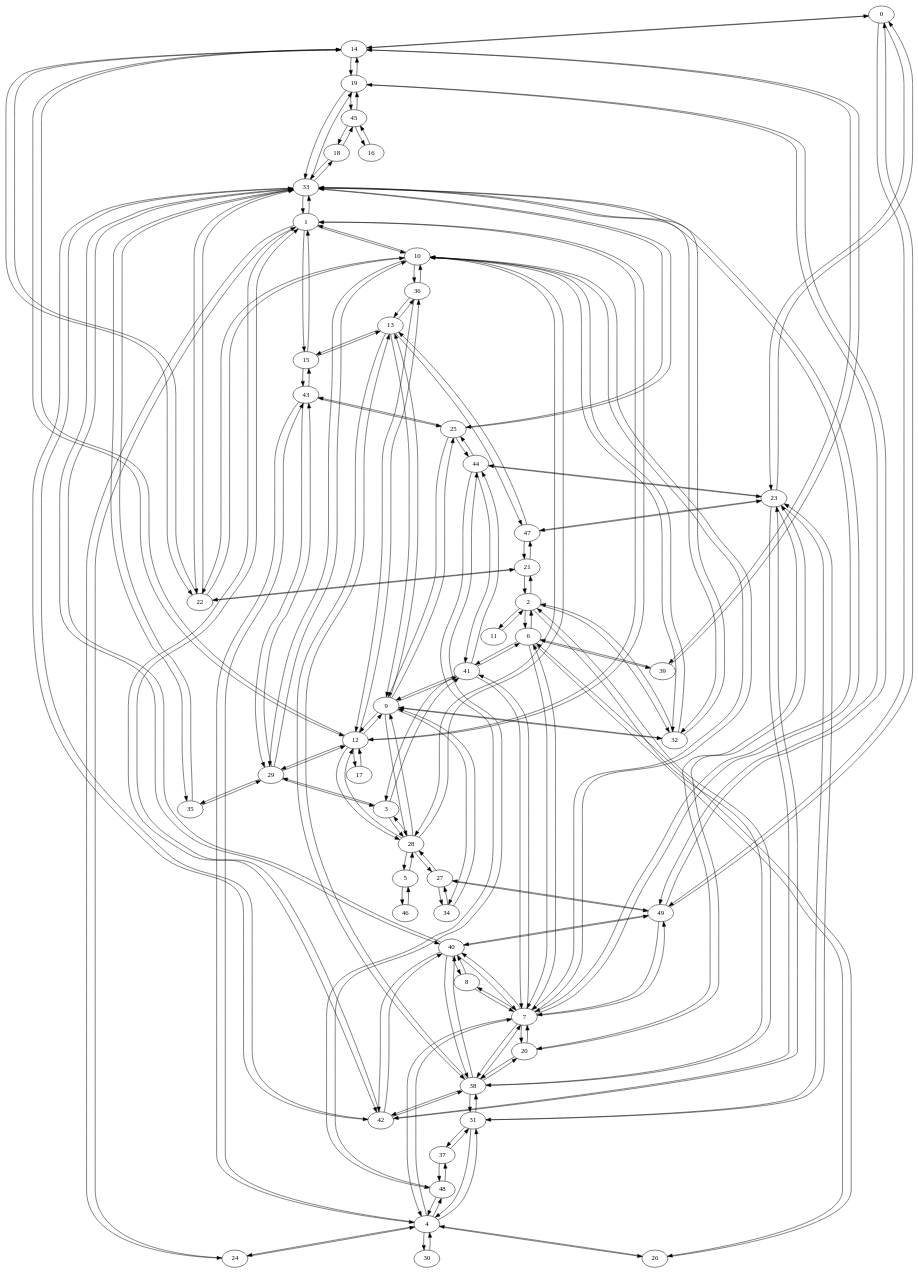
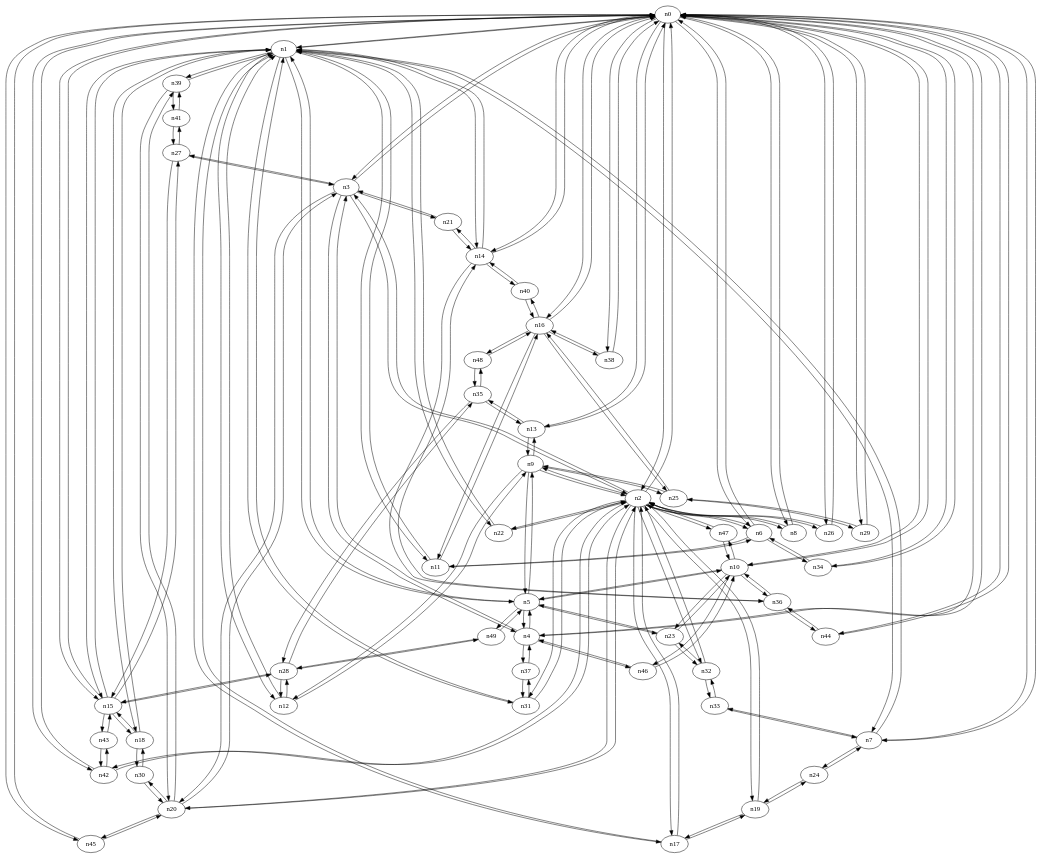
Before and after one commit to ireallyhopeirememberthis/yates_rrt: the diagram in data/topologies/randomized/randgraph_50_nodes_7%_brs.dot, drawn with Graphviz. The commit also changed 419 other files, not shown here.

```diff
--- a/data/topologies/randomized/randgraph_50_nodes_7%_brs.dot
+++ b/data/topologies/randomized/randgraph_50_nodes_7%_brs.dot
@@ -1,305 +1,297 @@
 strict digraph "" {
-	0	[id=0,
+	n0	[id=0,
 		type=switch];
-	14	[id=14,
+	n1	[id=1,
 		type=switch];
-	0 -> 14	[capacity="1Gbps"];
-	23	[id=23,
+	n0 -> n1	[capacity="1Gbps"];
+	n2	[id=2,
 		type=switch];
-	0 -> 23	[capacity="1Gbps"];
-	49	[id=49,
+	n0 -> n2	[capacity="1Gbps"];
+	n3	[id=3,
 		type=switch];
-	0 -> 49	[capacity="1Gbps"];
-	1	[ip="111.0.1.1",
-		mac="00:00:00:00:1:1",
+	n0 -> n3	[capacity="1Gbps"];
+	n4	[id=4,
+		type=switch];
+	n0 -> n4	[capacity="1Gbps"];
+	n6	[id=6,
+		type=switch];
+	n0 -> n6	[capacity="1Gbps"];
+	n7	[ip="111.0.7.7",
+		mac="00:00:00:00:7:7",
 		type=host];
-	10	[id=10,
+	n0 -> n7	[capacity="1Gbps"];
+	n8	[id=8,
 		type=switch];
-	1 -> 10	[capacity="1Gbps"];
-	12	[ip="111.0.12.12",
-		mac="00:00:00:00:12:12",
+	n0 -> n8	[capacity="1Gbps"];
+	n10	[id=10,
+		type=switch];
+	n0 -> n10	[capacity="1Gbps"];
+	n13	[ip="111.0.13.13",
+		mac="00:00:00:00:13:13",
 		type=host];
-	1 -> 12	[capacity="1Gbps"];
-	15	[id=15,
+	n0 -> n13	[capacity="1Gbps"];
+	n14	[ip="111.0.14.14",
+		mac="00:00:00:00:14:14",
+		type=host];
+	n0 -> n14	[capacity="1Gbps"];
+	n15	[id=15,
 		type=switch];
-	1 -> 15	[capacity="1Gbps"];
-	24	[id=24,
+	n0 -> n15	[capacity="1Gbps"];
+	n16	[id=16,
 		type=switch];
-	1 -> 24	[capacity="1Gbps"];
-	33	[id=33,
+	n0 -> n16	[capacity="1Gbps"];
+	n26	[id=26,
 		type=switch];
-	1 -> 33	[capacity="1Gbps"];
-	42	[id=42,
+	n0 -> n26	[capacity="1Gbps"];
+	n29	[id=29,
 		type=switch];
-	1 -> 42	[capacity="1Gbps"];
-	2	[id=2,
+	n0 -> n29	[capacity="1Gbps"];
+	n34	[id=34,
 		type=switch];
-	6	[id=6,
+	n0 -> n34	[capacity="1Gbps"];
+	n38	[id=38,
 		type=switch];
-	2 -> 6	[capacity="1Gbps"];
-	11	[ip="111.0.11.11",
-		mac="00:00:00:00:11:11",
-		type=host];
-	2 -> 11	[capacity="1Gbps"];
-	21	[id=21,
+	n0 -> n38	[capacity="1Gbps"];
+	n42	[id=42,
 		type=switch];
-	2 -> 21	[capacity="1Gbps"];
-	32	[id=32,
+	n0 -> n42	[capacity="1Gbps"];
+	n44	[id=44,
 		type=switch];
-	2 -> 32	[capacity="1Gbps"];
-	38	[id=38,
+	n0 -> n44	[capacity="1Gbps"];
+	n45	[id=45,
 		type=switch];
-	2 -> 38	[capacity="1Gbps"];
-	3	[id=3,
+	n0 -> n45	[capacity="1Gbps"];
+	n1 -> n0	[capacity="1Gbps"];
+	n5	[id=5,
 		type=switch];
-	28	[id=28,
+	n1 -> n5	[capacity="1Gbps"];
+	n1 -> n7	[capacity="1Gbps"];
+	n11	[id=11,
 		type=switch];
-	3 -> 28	[capacity="1Gbps"];
-	29	[id=29,
+	n1 -> n11	[capacity="1Gbps"];
+	n12	[id=12,
 		type=switch];
-	3 -> 29	[capacity="1Gbps"];
-	41	[id=41,
+	n1 -> n12	[capacity="1Gbps"];
+	n1 -> n14	[capacity="1Gbps"];
+	n1 -> n15	[capacity="1Gbps"];
+	n17	[id=17,
 		type=switch];
-	3 -> 41	[capacity="1Gbps"];
-	4	[id=4,
+	n1 -> n17	[capacity="1Gbps"];
+	n18	[id=18,
 		type=switch];
-	7	[id=7,
+	n1 -> n18	[capacity="1Gbps"];
+	n22	[id=22,
 		type=switch];
-	4 -> 7	[capacity="1Gbps"];
-	4 -> 24	[capacity="1Gbps"];
-	26	[id=26,
+	n1 -> n22	[capacity="1Gbps"];
+	n31	[id=31,
 		type=switch];
-	4 -> 26	[capacity="1Gbps"];
-	30	[id=30,
+	n1 -> n31	[capacity="1Gbps"];
+	n39	[id=39,
 		type=switch];
-	4 -> 30	[capacity="1Gbps"];
-	31	[id=31,
+	n1 -> n39	[capacity="1Gbps"];
+	n2 -> n0	[capacity="1Gbps"];
+	n2 -> n3	[capacity="1Gbps"];
+	n2 -> n6	[capacity="1Gbps"];
+	n2 -> n8	[capacity="1Gbps"];
+	n9	[id=9,
 		type=switch];
-	4 -> 31	[capacity="1Gbps"];
-	43	[id=43,
+	n2 -> n9	[capacity="1Gbps"];
+	n2 -> n17	[capacity="1Gbps"];
+	n19	[id=19,
 		type=switch];
-	4 -> 43	[capacity="1Gbps"];
-	48	[id=48,
+	n2 -> n19	[capacity="1Gbps"];
+	n20	[id=20,
 		type=switch];
-	4 -> 48	[capacity="1Gbps"];
-	5	[id=5,
+	n2 -> n20	[capacity="1Gbps"];
+	n2 -> n22	[capacity="1Gbps"];
+	n2 -> n26	[capacity="1Gbps"];
+	n2 -> n31	[capacity="1Gbps"];
+	n32	[id=32,
 		type=switch];
-	5 -> 28	[capacity="1Gbps"];
-	46	[id=46,
+	n2 -> n32	[capacity="1Gbps"];
+	n2 -> n42	[capacity="1Gbps"];
+	n47	[id=47,
 		type=switch];
-	5 -> 46	[capacity="1Gbps"];
-	6 -> 2	[capacity="1Gbps"];
-	6 -> 7	[capacity="1Gbps"];
-	6 -> 26	[capacity="1Gbps"];
-	39	[id=39,
+	n2 -> n47	[capacity="1Gbps"];
+	n3 -> n0	[capacity="1Gbps"];
+	n3 -> n2	[capacity="1Gbps"];
+	n3 -> n4	[capacity="1Gbps"];
+	n3 -> n20	[capacity="1Gbps"];
+	n21	[id=21,
 		type=switch];
-	6 -> 39	[capacity="1Gbps"];
-	6 -> 41	[capacity="1Gbps"];
-	7 -> 4	[capacity="1Gbps"];
-	7 -> 6	[capacity="1Gbps"];
-	8	[id=8,
+	n3 -> n21	[capacity="1Gbps"];
+	n27	[id=27,
 		type=switch];
-	7 -> 8	[capacity="1Gbps"];
-	7 -> 10	[capacity="1Gbps"];
-	20	[id=20,
+	n3 -> n27	[capacity="1Gbps"];
+	n4 -> n0	[capacity="1Gbps"];
+	n4 -> n3	[capacity="1Gbps"];
+	n4 -> n5	[capacity="1Gbps"];
+	n37	[id=37,
 		type=switch];
-	7 -> 20	[capacity="1Gbps"];
-	7 -> 33	[capacity="1Gbps"];
-	7 -> 38	[capacity="1Gbps"];
-	40	[id=40,
+	n4 -> n37	[capacity="1Gbps"];
+	n46	[id=46,
 		type=switch];
-	7 -> 40	[capacity="1Gbps"];
-	7 -> 41	[capacity="1Gbps"];
-	7 -> 49	[capacity="1Gbps"];
-	8 -> 7	[capacity="1Gbps"];
-	8 -> 40	[capacity="1Gbps"];
-	9	[id=9,
+	n4 -> n46	[capacity="1Gbps"];
+	n5 -> n1	[capacity="1Gbps"];
+	n5 -> n4	[capacity="1Gbps"];
+	n5 -> n9	[capacity="1Gbps"];
+	n5 -> n10	[capacity="1Gbps"];
+	n23	[id=23,
 		type=switch];
-	9 -> 12	[capacity="1Gbps"];
-	13	[id=13,
+	n5 -> n23	[capacity="1Gbps"];
+	n49	[id=49,
 		type=switch];
-	9 -> 13	[capacity="1Gbps"];
-	25	[id=25,
+	n5 -> n49	[capacity="1Gbps"];
+	n6 -> n0	[capacity="1Gbps"];
+	n6 -> n2	[capacity="1Gbps"];
+	n6 -> n11	[capacity="1Gbps"];
+	n6 -> n34	[capacity="1Gbps"];
+	n7 -> n0	[capacity="1Gbps"];
+	n7 -> n1	[capacity="1Gbps"];
+	n24	[id=24,
 		type=switch];
-	9 -> 25	[capacity="1Gbps"];
-	9 -> 28	[capacity="1Gbps"];
-	9 -> 32	[capacity="1Gbps"];
-	34	[id=34,
+	n7 -> n24	[capacity="1Gbps"];
+	n33	[id=33,
 		type=switch];
-	9 -> 34	[capacity="1Gbps"];
-	9 -> 41	[capacity="1Gbps"];
-	10 -> 1	[capacity="1Gbps"];
-	10 -> 7	[capacity="1Gbps"];
-	22	[id=22,
+	n7 -> n33	[capacity="1Gbps"];
+	n8 -> n0	[capacity="1Gbps"];
+	n8 -> n2	[capacity="1Gbps"];
+	n9 -> n2	[capacity="1Gbps"];
+	n9 -> n5	[capacity="1Gbps"];
+	n9 -> n12	[capacity="1Gbps"];
+	n9 -> n13	[capacity="1Gbps"];
+	n25	[id=25,
 		type=switch];
-	10 -> 22	[capacity="1Gbps"];
-	10 -> 28	[capacity="1Gbps"];
-	10 -> 29	[capacity="1Gbps"];
-	10 -> 32	[capacity="1Gbps"];
-	36	[id=36,
+	n9 -> n25	[capacity="1Gbps"];
+	n10 -> n0	[capacity="1Gbps"];
+	n10 -> n5	[capacity="1Gbps"];
+	n10 -> n23	[capacity="1Gbps"];
+	n36	[id=36,
 		type=switch];
-	10 -> 36	[capacity="1Gbps"];
-	11 -> 2	[capacity="1Gbps"];
-	12 -> 1	[capacity="1Gbps"];
-	12 -> 9	[capacity="1Gbps"];
-	12 -> 14	[capacity="1Gbps"];
-	17	[id=17,
+	n10 -> n36	[capacity="1Gbps"];
+	n10 -> n46	[capacity="1Gbps"];
+	n10 -> n47	[capacity="1Gbps"];
+	n11 -> n1	[capacity="1Gbps"];
+	n11 -> n6	[capacity="1Gbps"];
+	n11 -> n16	[capacity="1Gbps"];
+	n12 -> n1	[capacity="1Gbps"];
+	n12 -> n9	[capacity="1Gbps"];
+	n28	[id=28,
 		type=switch];
-	12 -> 17	[capacity="1Gbps"];
-	12 -> 28	[capacity="1Gbps"];
-	12 -> 29	[capacity="1Gbps"];
-	12 -> 36	[capacity="1Gbps"];
-	13 -> 9	[capacity="1Gbps"];
-	13 -> 15	[capacity="1Gbps"];
-	13 -> 36	[capacity="1Gbps"];
-	13 -> 38	[capacity="1Gbps"];
-	47	[id=47,
+	n12 -> n28	[capacity="1Gbps"];
+	n13 -> n0	[capacity="1Gbps"];
+	n13 -> n9	[capacity="1Gbps"];
+	n35	[id=35,
 		type=switch];
-	13 -> 47	[capacity="1Gbps"];
-	14 -> 0	[capacity="1Gbps"];
-	14 -> 12	[capacity="1Gbps"];
-	19	[id=19,
+	n13 -> n35	[capacity="1Gbps"];
+	n14 -> n0	[capacity="1Gbps"];
+	n14 -> n1	[capacity="1Gbps"];
+	n14 -> n21	[capacity="1Gbps"];
+	n14 -> n36	[capacity="1Gbps"];
+	n40	[id=40,
 		type=switch];
-	14 -> 19	[capacity="1Gbps"];
-	14 -> 22	[capacity="1Gbps"];
-	14 -> 39	[capacity="1Gbps"];
-	15 -> 1	[capacity="1Gbps"];
-	15 -> 13	[capacity="1Gbps"];
-	15 -> 43	[capacity="1Gbps"];
-	16	[id=16,
+	n14 -> n40	[capacity="1Gbps"];
+	n15 -> n0	[capacity="1Gbps"];
+	n15 -> n1	[capacity="1Gbps"];
+	n15 -> n18	[capacity="1Gbps"];
+	n15 -> n27	[capacity="1Gbps"];
+	n15 -> n28	[capacity="1Gbps"];
+	n43	[id=43,
 		type=switch];
-	45	[id=45,
+	n15 -> n43	[capacity="1Gbps"];
+	n16 -> n0	[capacity="1Gbps"];
+	n16 -> n11	[capacity="1Gbps"];
+	n16 -> n25	[capacity="1Gbps"];
+	n16 -> n38	[capacity="1Gbps"];
+	n16 -> n40	[capacity="1Gbps"];
+	n48	[id=48,
 		type=switch];
-	16 -> 45	[capacity="1Gbps"];
-	17 -> 12	[capacity="1Gbps"];
-	18	[id=18,
+	n16 -> n48	[capacity="1Gbps"];
+	n17 -> n1	[capacity="1Gbps"];
+	n17 -> n2	[capacity="1Gbps"];
+	n17 -> n19	[capacity="1Gbps"];
+	n18 -> n1	[capacity="1Gbps"];
+	n18 -> n15	[capacity="1Gbps"];
+	n30	[id=30,
 		type=switch];
-	18 -> 33	[capacity="1Gbps"];
-	18 -> 45	[capacity="1Gbps"];
-	19 -> 14	[capacity="1Gbps"];
-	19 -> 33	[capacity="1Gbps"];
-	19 -> 45	[capacity="1Gbps"];
-	19 -> 49	[capacity="1Gbps"];
-	20 -> 7	[capacity="1Gbps"];
-	20 -> 23	[capacity="1Gbps"];
-	20 -> 38	[capacity="1Gbps"];
-	21 -> 2	[capacity="1Gbps"];
-	21 -> 22	[capacity="1Gbps"];
-	21 -> 47	[capacity="1Gbps"];
-	22 -> 10	[capacity="1Gbps"];
-	22 -> 14	[capacity="1Gbps"];
-	22 -> 21	[capacity="1Gbps"];
-	22 -> 33	[capacity="1Gbps"];
-	23 -> 0	[capacity="1Gbps"];
-	23 -> 20	[capacity="1Gbps"];
-	23 -> 31	[capacity="1Gbps"];
-	23 -> 42	[capacity="1Gbps"];
-	44	[id=44,
+	n18 -> n30	[capacity="1Gbps"];
+	n19 -> n2	[capacity="1Gbps"];
+	n19 -> n17	[capacity="1Gbps"];
+	n19 -> n24	[capacity="1Gbps"];
+	n20 -> n2	[capacity="1Gbps"];
+	n20 -> n3	[capacity="1Gbps"];
+	n20 -> n30	[capacity="1Gbps"];
+	n20 -> n39	[capacity="1Gbps"];
+	n20 -> n45	[capacity="1Gbps"];
+	n21 -> n3	[capacity="1Gbps"];
+	n21 -> n14	[capacity="1Gbps"];
+	n22 -> n1	[capacity="1Gbps"];
+	n22 -> n2	[capacity="1Gbps"];
+	n23 -> n5	[capacity="1Gbps"];
+	n23 -> n10	[capacity="1Gbps"];
+	n23 -> n32	[capacity="1Gbps"];
+	n24 -> n7	[capacity="1Gbps"];
+	n24 -> n19	[capacity="1Gbps"];
+	n25 -> n9	[capacity="1Gbps"];
+	n25 -> n16	[capacity="1Gbps"];
+	n25 -> n29	[capacity="1Gbps"];
+	n26 -> n0	[capacity="1Gbps"];
+	n26 -> n2	[capacity="1Gbps"];
+	n27 -> n3	[capacity="1Gbps"];
+	n27 -> n15	[capacity="1Gbps"];
+	n41	[id=41,
 		type=switch];
-	23 -> 44	[capacity="1Gbps"];
-	23 -> 47	[capacity="1Gbps"];
-	24 -> 1	[capacity="1Gbps"];
-	24 -> 4	[capacity="1Gbps"];
-	25 -> 9	[capacity="1Gbps"];
-	25 -> 33	[capacity="1Gbps"];
-	25 -> 43	[capacity="1Gbps"];
-	25 -> 44	[capacity="1Gbps"];
-	26 -> 4	[capacity="1Gbps"];
-	26 -> 6	[capacity="1Gbps"];
-	27	[id=27,
-		type=switch];
-	27 -> 28	[capacity="1Gbps"];
-	27 -> 34	[capacity="1Gbps"];
-	27 -> 49	[capacity="1Gbps"];
-	28 -> 3	[capacity="1Gbps"];
-	28 -> 5	[capacity="1Gbps"];
-	28 -> 9	[capacity="1Gbps"];
-	28 -> 10	[capacity="1Gbps"];
-	28 -> 12	[capacity="1Gbps"];
-	28 -> 27	[capacity="1Gbps"];
-	29 -> 3	[capacity="1Gbps"];
-	29 -> 10	[capacity="1Gbps"];
-	29 -> 12	[capacity="1Gbps"];
-	35	[id=35,
-		type=switch];
-	29 -> 35	[capacity="1Gbps"];
-	29 -> 43	[capacity="1Gbps"];
-	30 -> 4	[capacity="1Gbps"];
-	31 -> 4	[capacity="1Gbps"];
-	31 -> 23	[capacity="1Gbps"];
-	37	[id=37,
-		type=switch];
-	31 -> 37	[capacity="1Gbps"];
-	31 -> 38	[capacity="1Gbps"];
-	32 -> 2	[capacity="1Gbps"];
-	32 -> 9	[capacity="1Gbps"];
-	32 -> 10	[capacity="1Gbps"];
-	32 -> 33	[capacity="1Gbps"];
-	33 -> 1	[capacity="1Gbps"];
-	33 -> 7	[capacity="1Gbps"];
-	33 -> 18	[capacity="1Gbps"];
-	33 -> 19	[capacity="1Gbps"];
-	33 -> 22	[capacity="1Gbps"];
-	33 -> 25	[capacity="1Gbps"];
-	33 -> 32	[capacity="1Gbps"];
-	33 -> 35	[capacity="1Gbps"];
-	33 -> 40	[capacity="1Gbps"];
-	33 -> 42	[capacity="1Gbps"];
-	34 -> 9	[capacity="1Gbps"];
-	34 -> 27	[capacity="1Gbps"];
-	35 -> 29	[capacity="1Gbps"];
-	35 -> 33	[capacity="1Gbps"];
-	36 -> 10	[capacity="1Gbps"];
-	36 -> 12	[capacity="1Gbps"];
-	36 -> 13	[capacity="1Gbps"];
-	37 -> 31	[capacity="1Gbps"];
-	37 -> 48	[capacity="1Gbps"];
-	38 -> 2	[capacity="1Gbps"];
-	38 -> 7	[capacity="1Gbps"];
-	38 -> 13	[capacity="1Gbps"];
-	38 -> 20	[capacity="1Gbps"];
-	38 -> 31	[capacity="1Gbps"];
-	38 -> 40	[capacity="1Gbps"];
-	38 -> 42	[capacity="1Gbps"];
-	39 -> 6	[capacity="1Gbps"];
-	39 -> 14	[capacity="1Gbps"];
-	40 -> 7	[capacity="1Gbps"];
-	40 -> 8	[capacity="1Gbps"];
-	40 -> 33	[capacity="1Gbps"];
-	40 -> 38	[capacity="1Gbps"];
-	40 -> 42	[capacity="1Gbps"];
-	40 -> 49	[capacity="1Gbps"];
-	41 -> 3	[capacity="1Gbps"];
-	41 -> 6	[capacity="1Gbps"];
-	41 -> 7	[capacity="1Gbps"];
-	41 -> 9	[capacity="1Gbps"];
-	41 -> 44	[capacity="1Gbps"];
-	42 -> 1	[capacity="1Gbps"];
-	42 -> 23	[capacity="1Gbps"];
-	42 -> 33	[capacity="1Gbps"];
-	42 -> 38	[capacity="1Gbps"];
-	42 -> 40	[capacity="1Gbps"];
-	43 -> 4	[capacity="1Gbps"];
-	43 -> 15	[capacity="1Gbps"];
-	43 -> 25	[capacity="1Gbps"];
-	43 -> 29	[capacity="1Gbps"];
-	44 -> 23	[capacity="1Gbps"];
-	44 -> 25	[capacity="1Gbps"];
-	44 -> 41	[capacity="1Gbps"];
-	44 -> 48	[capacity="1Gbps"];
-	45 -> 16	[capacity="1Gbps"];
-	45 -> 18	[capacity="1Gbps"];
-	45 -> 19	[capacity="1Gbps"];
-	46 -> 5	[capacity="1Gbps"];
-	47 -> 13	[capacity="1Gbps"];
-	47 -> 21	[capacity="1Gbps"];
-	47 -> 23	[capacity="1Gbps"];
-	48 -> 4	[capacity="1Gbps"];
-	48 -> 37	[capacity="1Gbps"];
-	48 -> 44	[capacity="1Gbps"];
-	49 -> 0	[capacity="1Gbps"];
-	49 -> 7	[capacity="1Gbps"];
-	49 -> 19	[capacity="1Gbps"];
-	49 -> 27	[capacity="1Gbps"];
-	49 -> 40	[capacity="1Gbps"];
+	n27 -> n41	[capacity="1Gbps"];
+	n28 -> n12	[capacity="1Gbps"];
+	n28 -> n15	[capacity="1Gbps"];
+	n28 -> n35	[capacity="1Gbps"];
+	n28 -> n49	[capacity="1Gbps"];
+	n29 -> n0	[capacity="1Gbps"];
+	n29 -> n25	[capacity="1Gbps"];
+	n30 -> n18	[capacity="1Gbps"];
+	n30 -> n20	[capacity="1Gbps"];
+	n31 -> n1	[capacity="1Gbps"];
+	n31 -> n2	[capacity="1Gbps"];
+	n31 -> n37	[capacity="1Gbps"];
+	n32 -> n2	[capacity="1Gbps"];
+	n32 -> n23	[capacity="1Gbps"];
+	n32 -> n33	[capacity="1Gbps"];
+	n33 -> n7	[capacity="1Gbps"];
+	n33 -> n32	[capacity="1Gbps"];
+	n34 -> n0	[capacity="1Gbps"];
+	n34 -> n6	[capacity="1Gbps"];
+	n35 -> n13	[capacity="1Gbps"];
+	n35 -> n28	[capacity="1Gbps"];
+	n35 -> n48	[capacity="1Gbps"];
+	n36 -> n10	[capacity="1Gbps"];
+	n36 -> n14	[capacity="1Gbps"];
+	n36 -> n44	[capacity="1Gbps"];
+	n37 -> n4	[capacity="1Gbps"];
+	n37 -> n31	[capacity="1Gbps"];
+	n38 -> n0	[capacity="1Gbps"];
+	n38 -> n16	[capacity="1Gbps"];
+	n39 -> n1	[capacity="1Gbps"];
+	n39 -> n20	[capacity="1Gbps"];
+	n39 -> n41	[capacity="1Gbps"];
+	n40 -> n14	[capacity="1Gbps"];
+	n40 -> n16	[capacity="1Gbps"];
+	n41 -> n27	[capacity="1Gbps"];
+	n41 -> n39	[capacity="1Gbps"];
+	n42 -> n0	[capacity="1Gbps"];
+	n42 -> n2	[capacity="1Gbps"];
+	n42 -> n43	[capacity="1Gbps"];
+	n43 -> n15	[capacity="1Gbps"];
+	n43 -> n42	[capacity="1Gbps"];
+	n44 -> n0	[capacity="1Gbps"];
+	n44 -> n36	[capacity="1Gbps"];
+	n45 -> n0	[capacity="1Gbps"];
+	n45 -> n20	[capacity="1Gbps"];
+	n46 -> n4	[capacity="1Gbps"];
+	n46 -> n10	[capacity="1Gbps"];
+	n47 -> n2	[capacity="1Gbps"];
+	n47 -> n10	[capacity="1Gbps"];
+	n48 -> n16	[capacity="1Gbps"];
+	n48 -> n35	[capacity="1Gbps"];
+	n49 -> n5	[capacity="1Gbps"];
+	n49 -> n28	[capacity="1Gbps"];
 }
```
